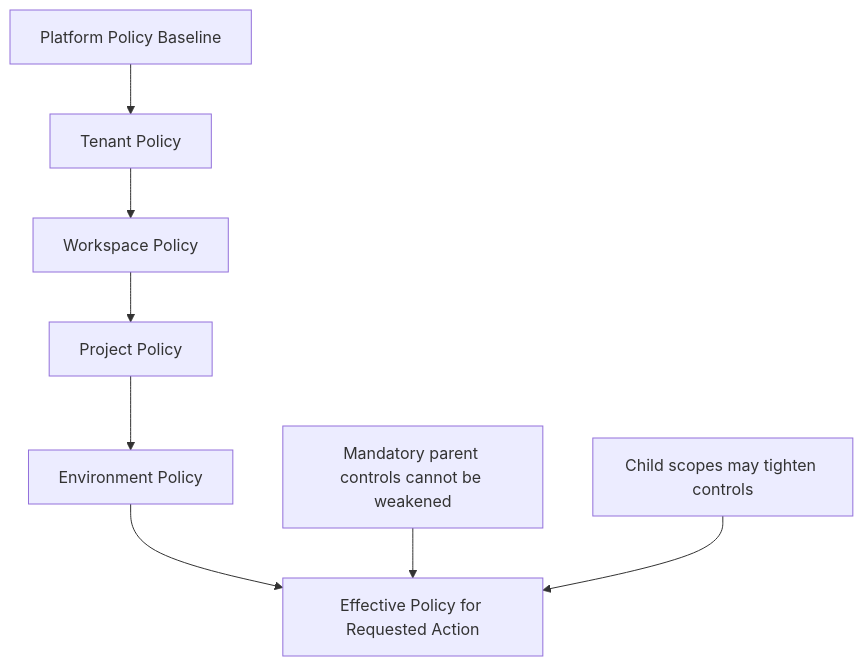
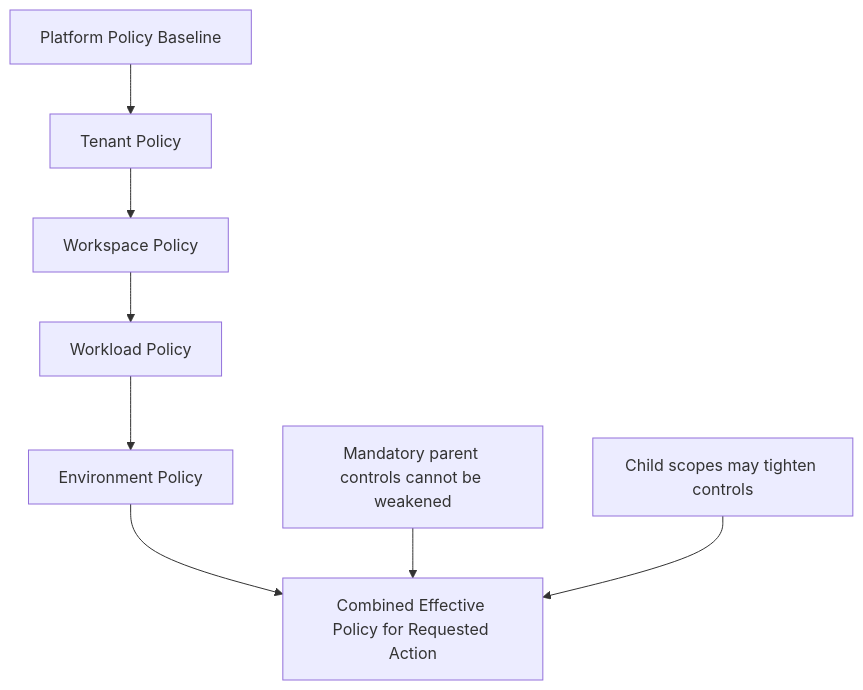
One commit to stefan-karlsson/software-architecture changed the second of 3 diagrams in documentation/arc42/06_runtime_view.adoc. Above: the diagram before and after it, drawn with Mermaid. The commit also changed other lines of this file and 25 other files, not shown here.

First line of the commit message:
feat: Refactor architecture documentation for Platform Control Plane

```diff
--- a/documentation/arc42/06_runtime_view.adoc
+++ b/documentation/arc42/06_runtime_view.adoc
@@ -44,11 +44,11 @@
 [mermaid, format=svg]
 ....
 flowchart TD
   PlatformBaseline["Platform Policy Baseline"] --> TenantPolicy["Tenant Policy"]
   TenantPolicy --> WorkspacePolicy["Workspace Policy"]
-  WorkspacePolicy --> ProjectPolicy["Project Policy"]
-  ProjectPolicy --> EnvironmentPolicy["Environment Policy"]
-  EnvironmentPolicy --> EffectivePolicy["Effective Policy for Requested Action"]
+  WorkspacePolicy --> WorkloadPolicy["Workload Policy"]
+  WorkloadPolicy --> EnvironmentPolicy["Environment Policy"]
+  EnvironmentPolicy --> EffectivePolicy["Combined Effective Policy for Requested Action"]
   Mandatory["Mandatory parent controls cannot be weakened"] --> EffectivePolicy
   Tightening["Child scopes may tighten controls"] --> EffectivePolicy
 ....
```
